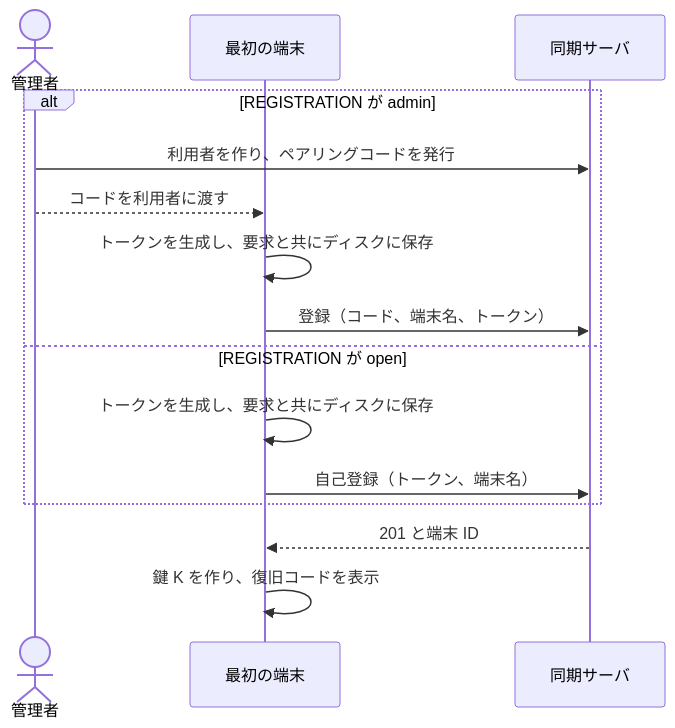
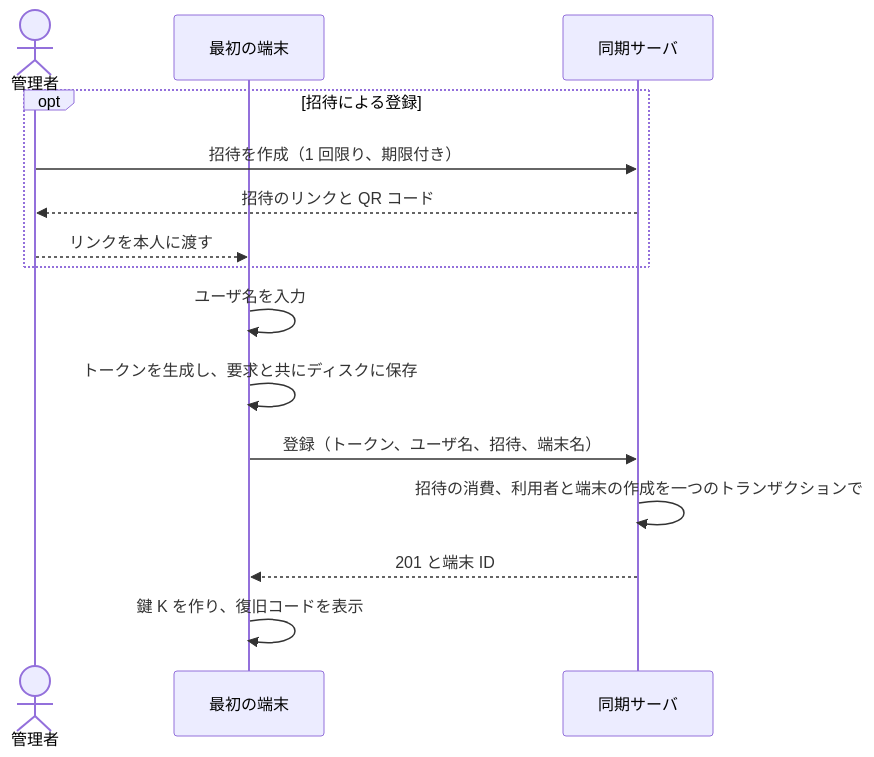
One commit to sksat/ashidori changed the first of 2 diagrams in docs/pairing.md. Above: the diagram before and after it, drawn with Mermaid. The commit also changed other lines of this file and 52 other files, not shown here.

````diff
--- a/docs/pairing.md
+++ b/docs/pairing.md
@@ -19,17 +40,17 @@
 ```mermaid
 sequenceDiagram
   actor M as 管理者
   participant A as 最初の端末
   participant S as 同期サーバ
-  alt REGISTRATION が admin
-    M->>S: 利用者を作り、ペアリングコードを発行
-    M-->>A: コードを利用者に渡す
-    A->>A: トークンを生成し、要求と共にディスクに保存
-    A->>S: 登録（コード、端末名、トークン）
-  else REGISTRATION が open
-    A->>A: トークンを生成し、要求と共にディスクに保存
-    A->>S: 自己登録（トークン、端末名）
+  opt 招待による登録
+    M->>S: 招待を作成（1 回限り、期限付き）
+    S-->>M: 招待のリンクと QR コード
+    M-->>A: リンクを本人に渡す
   end
+  A->>A: ユーザ名を入力
+  A->>A: トークンを生成し、要求と共にディスクに保存
+  A->>S: 登録（トークン、ユーザ名、招待、端末名）
+  S->>S: 招待の消費、利用者と端末の作成を一つのトランザクションで
   S-->>A: 201 と端末 ID
   A->>A: 鍵 K を作り、復旧コードを表示
 ```
````
